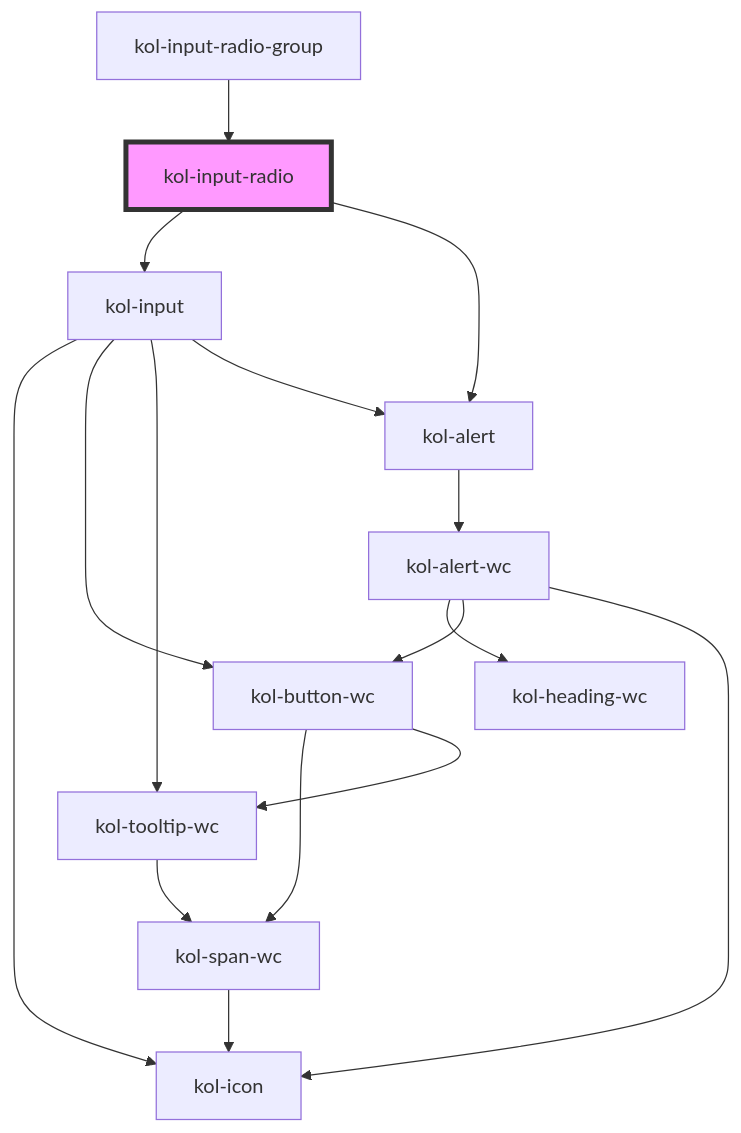
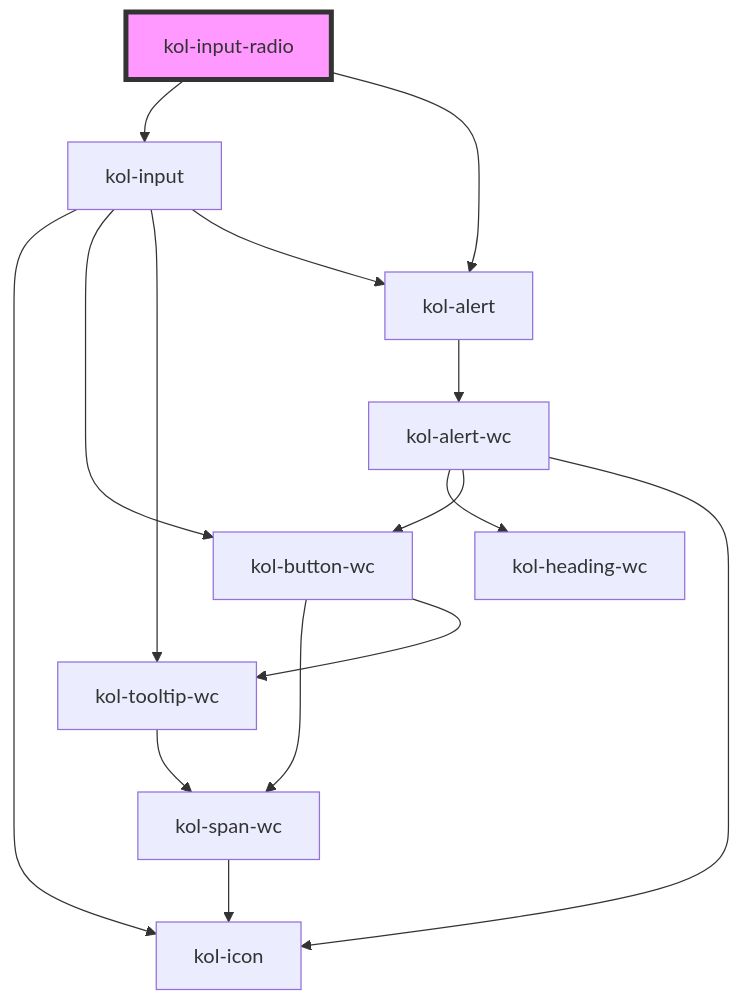
Before and after one commit to public-ui/kolibri: the diagram in packages/components/src/components/input-radio/readme.md, drawn with Mermaid. The commit also changed other lines of this file and 37 other files, not shown here.

````diff
--- a/packages/components/src/components/input-radio/readme.md
+++ b/packages/components/src/components/input-radio/readme.md
@@ -120,19 +115,18 @@
 ```mermaid
 graph TD;
   kol-input-radio --> kol-input
   kol-input-radio --> kol-alert
   kol-input --> kol-icon
   kol-input --> kol-button-wc
   kol-input --> kol-tooltip-wc
   kol-input --> kol-alert
   kol-button-wc --> kol-span-wc
   kol-button-wc --> kol-tooltip-wc
   kol-span-wc --> kol-icon
   kol-tooltip-wc --> kol-span-wc
   kol-alert --> kol-alert-wc
   kol-alert-wc --> kol-heading-wc
   kol-alert-wc --> kol-button-wc
   kol-alert-wc --> kol-icon
-  kol-input-radio-group --> kol-input-radio
   style kol-input-radio fill:#f9f,stroke:#333,stroke-width:4px
 ```
````
